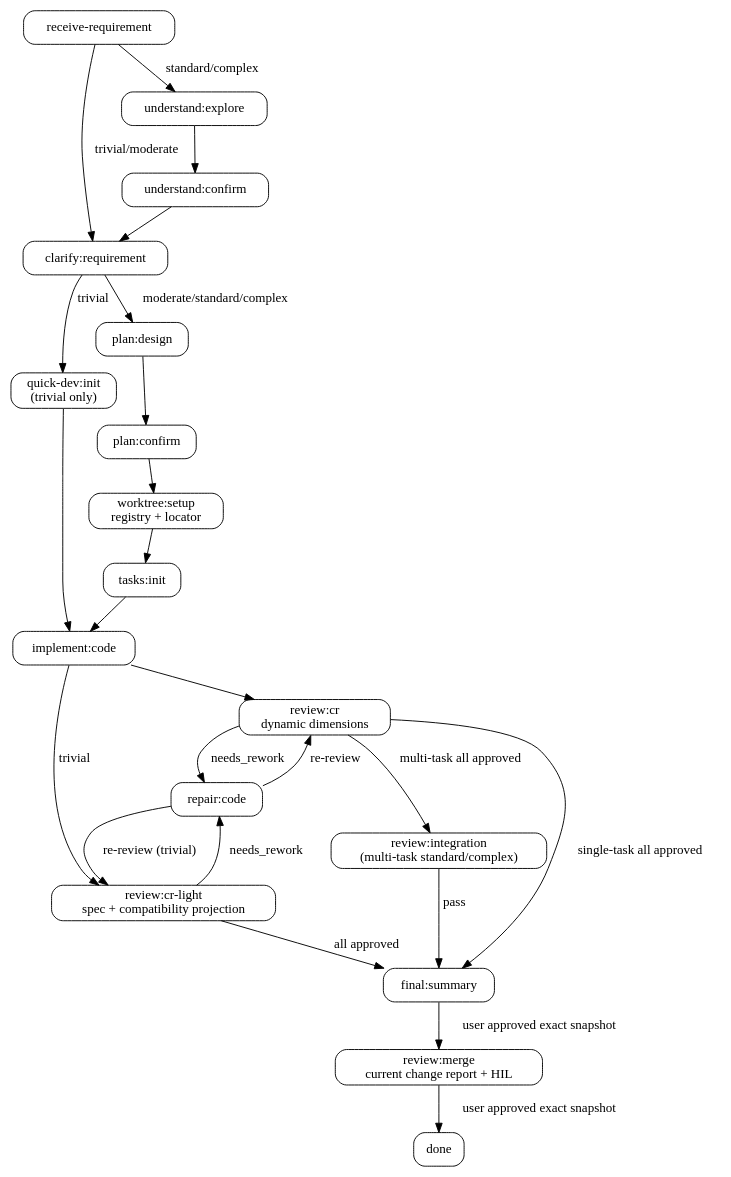
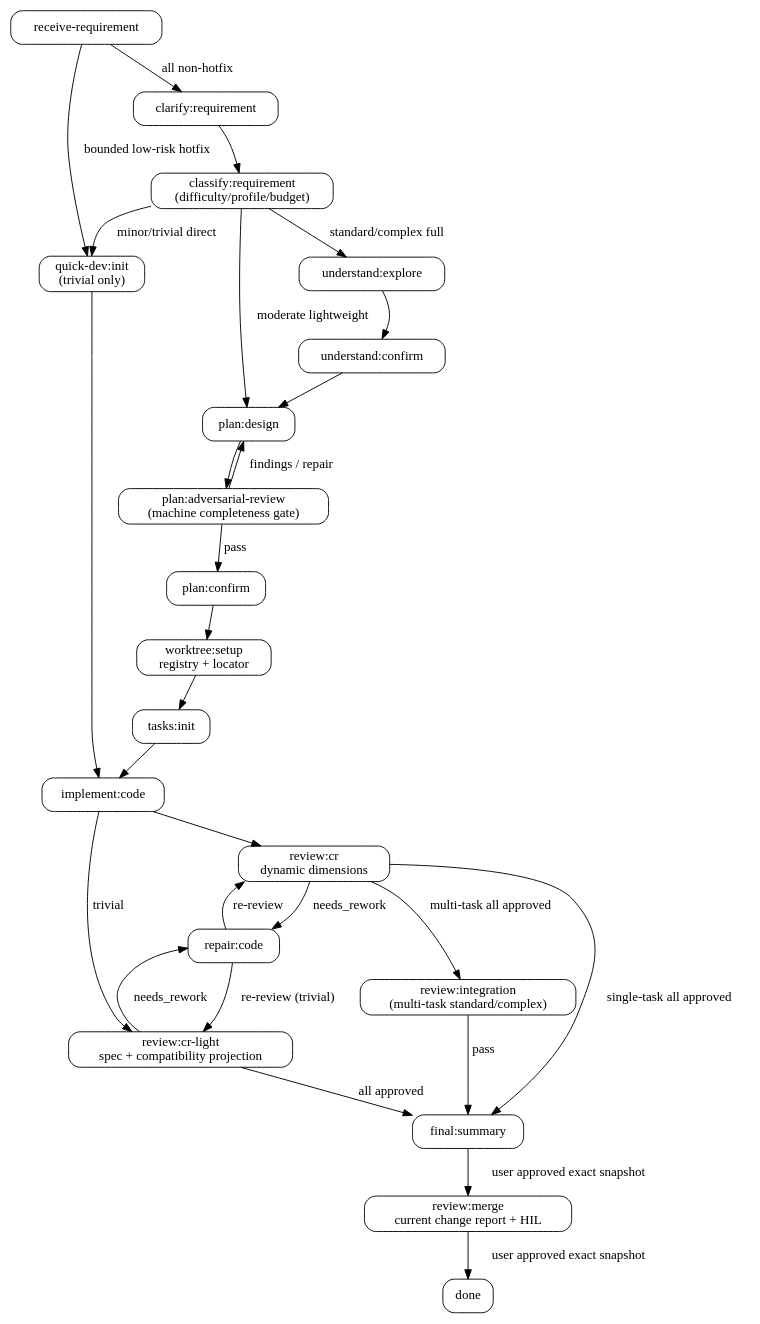
The diagram in skills/chisel/SKILL.md (Jxin-Cai/chisel), drawn with Graphviz before and after one commit. The commit also changed other lines of this file and 38 other files, not shown here.

````diff
--- a/skills/chisel/SKILL.md
+++ b/skills/chisel/SKILL.md
@@ -105,42 +105,49 @@
 ```dot
 digraph chisel_flow {
   rankdir=TB; node [shape=box, style=rounded];
   receive [label="receive-requirement"];
   explore [label="understand:explore"];
   u_confirm [label="understand:confirm"];
   clarify [label="clarify:requirement"];
+  classify [label="classify:requirement\n(difficulty/profile/budget)"];
   quickdev [label="quick-dev:init\n(trivial only)"];
   design [label="plan:design"];
+  adversarial [label="plan:adversarial-review\n(machine completeness gate)"];
   p_confirm [label="plan:confirm"];
   worktree [label="worktree:setup\nregistry + locator"];
   tasks [label="tasks:init"];
   implement [label="implement:code"];
   review [label="review:cr\ndynamic dimensions"];
   review_light [label="review:cr-light\nspec + compatibility projection"];
   integration [label="review:integration\n(multi-task standard/complex)"];
   repair [label="repair:code"];
   final [label="final:summary"];
   merge_review [label="review:merge\ncurrent change report + HIL"];
   done [label="done"];
 
-  receive -> explore [label="standard/complex"];
-  receive -> clarify [label="trivial/moderate"];
-  explore -> u_confirm -> clarify;
-  clarify -> quickdev [label="trivial"];
-  clarify -> design [label="moderate/standard/complex"];
+  receive -> clarify [label="all non-hotfix"];
+  receive -> quickdev [label="bounded low-risk hotfix"];
+  clarify -> classify;
+  classify -> quickdev [label="minor/trivial direct"];
+  classify -> design [label="moderate lightweight"];
+  classify -> explore [label="standard/complex full"];
+  explore -> u_confirm -> design;
   quickdev -> implement;
-  design -> p_confirm -> worktree;
+  design -> adversarial;
+  adversarial -> p_confirm [label="pass"];
+  adversarial -> design [label="findings / repair"];
+  p_confirm -> worktree;
   worktree -> tasks;
   tasks -> implement -> review;
   implement -> review_light [label="trivial"];
   review -> repair [label="needs_rework"];
   review_light -> repair [label="needs_rework"];
   repair -> review [label="re-review"];
   repair -> review_light [label="re-review (trivial)"];
   review -> integration [label="multi-task all approved"];
   integration -> final [label="pass"];
   review -> final [label="single-task all approved"];
   review_light -> final [label="all approved"];
   final -> merge_review -> done [label="user approved exact snapshot"];
 }
 ```
````
